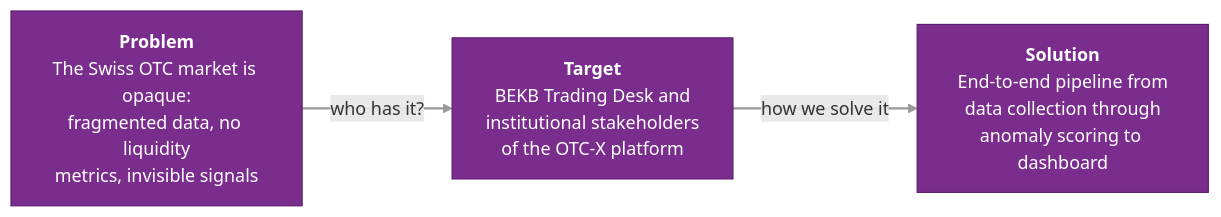
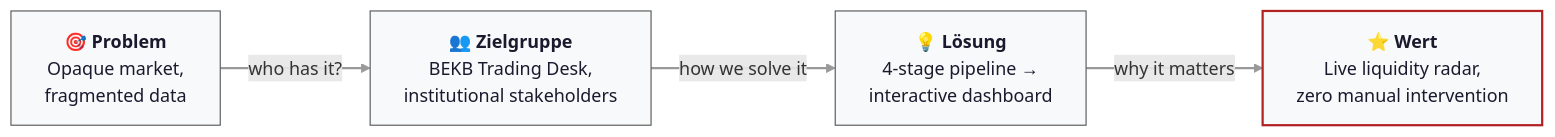
The first of 3 diagrams in README.md (atanasovmi/OTC-X), drawn with Mermaid before and after one commit. The commit also changed other lines of this file and 2 other files, not shown here.

````diff
--- a/README.md
+++ b/README.md
@@ -73,14 +101,17 @@
 ```mermaid
 flowchart LR
-    P["<b>Problem</b><br/>The Swiss OTC market is opaque:<br/>fragmented data, no liquidity<br/>metrics, invisible signals"]
-    T["<b>Target</b><br/>BEKB Trading Desk and<br/>institutional stakeholders<br/>of the OTC-X platform"]
-    S["<b>Solution</b><br/>End-to-end pipeline from<br/>data collection through<br/>anomaly scoring to dashboard"]
+    P["🎯 <b>Problem</b><br/>Opaque market,<br/>fragmented data"]
+    T["👥 <b>Zielgruppe</b><br/>BEKB Trading Desk,<br/>institutional stakeholders"]
+    S["💡 <b>Lösung</b><br/>4-stage pipeline →<br/>interactive dashboard"]
+    V["⭐ <b>Wert</b><br/>Live liquidity radar,<br/>zero manual intervention"]
 
-    P -->|who has it?| T -->|how we solve it| S
+    P -->|who has it?| T -->|how we solve it| S -->|why it matters| V
 
-    style P fill:#7B2D8E,stroke:#5A1A6E,color:#FFFFFF
-    style T fill:#7B2D8E,stroke:#5A1A6E,color:#FFFFFF
-    style S fill:#7B2D8E,stroke:#5A1A6E,color:#FFFFFF
+    style P fill:#F8F9FA,stroke:#555555,color:#1A1A2E
+    style T fill:#F8F9FA,stroke:#555555,color:#1A1A2E
+    style S fill:#F8F9FA,stroke:#555555,color:#1A1A2E
+    style V fill:#F8F9FA,stroke:#B22222,color:#1A1A2E,stroke-width:2px
     linkStyle 0 stroke:#999,stroke-width:2px
     linkStyle 1 stroke:#999,stroke-width:2px
+    linkStyle 2 stroke:#999,stroke-width:2px
 ```
````
